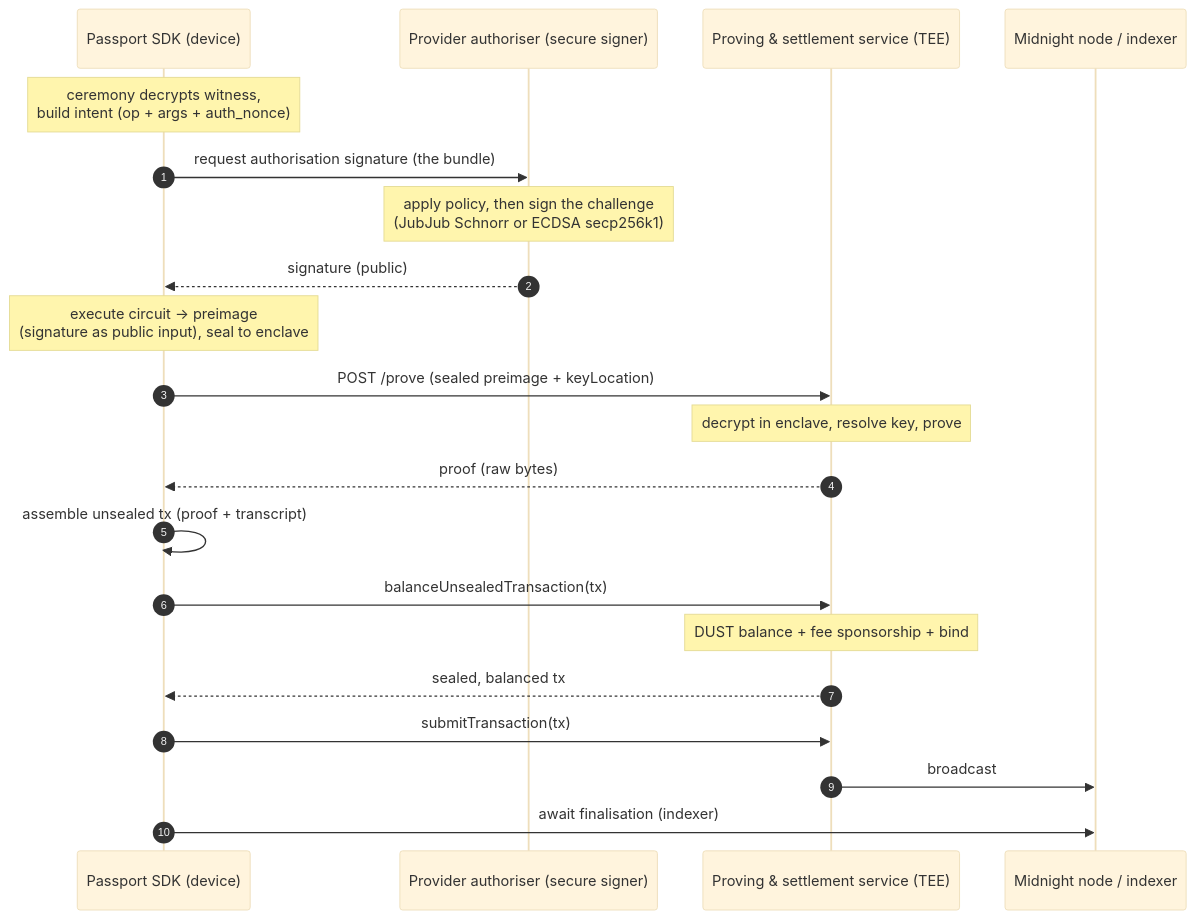
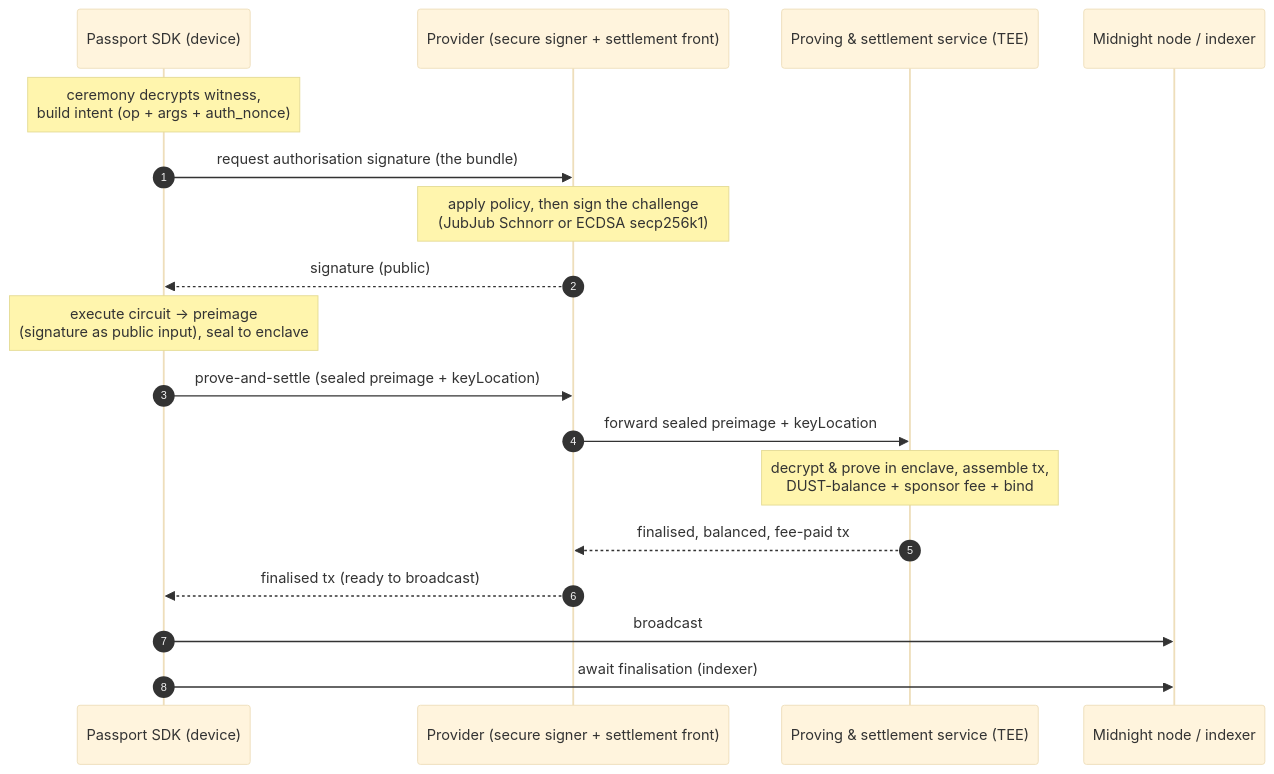
One commit to midnightntwrk/midnight-passport-sdk changed the second of 3 diagrams in docs/provider-integration.md. Above: the diagram before and after it, drawn with Mermaid (base theme). The commit also changed other lines of this file, not shown here.

Commit message:
Update in end to end flow

````diff
--- a/docs/provider-integration.md
+++ b/docs/provider-integration.md
@@ -112,24 +120,21 @@
 ```mermaid
 sequenceDiagram
   autonumber
   participant SDK as Passport SDK (device)
-  participant PRV as Provider authoriser (secure signer)
+  participant PRV as Provider (secure signer + settlement front)
   participant SVC as Proving & settlement service (TEE)
   participant NET as Midnight node / indexer
 
   Note over SDK: ceremony decrypts witness,<br/>build intent (op + args + auth_nonce)
   SDK->>PRV: request authorisation signature (the bundle)
   Note over PRV: apply policy, then sign the challenge<br/>(JubJub Schnorr or ECDSA secp256k1)
   PRV-->>SDK: signature (public)
   Note over SDK: execute circuit → preimage<br/>(signature as public input), seal to enclave
-  SDK->>SVC: POST /prove (sealed preimage + keyLocation)
-  Note over SVC: decrypt in enclave, resolve key, prove
-  SVC-->>SDK: proof (raw bytes)
-  SDK->>SDK: assemble unsealed tx (proof + transcript)
-  SDK->>SVC: balanceUnsealedTransaction(tx)
-  Note over SVC: DUST balance + fee sponsorship + bind
-  SVC-->>SDK: sealed, balanced tx
-  SDK->>SVC: submitTransaction(tx)
-  SVC->>NET: broadcast
+  SDK->>PRV: prove-and-settle (sealed preimage + keyLocation)
+  PRV->>SVC: forward sealed preimage + keyLocation
+  Note over SVC: decrypt & prove in enclave, assemble tx,<br/>DUST-balance + sponsor fee + bind
+  SVC-->>PRV: finalised, balanced, fee-paid tx
+  PRV-->>SDK: finalised tx (ready to broadcast)
+  SDK->>NET: broadcast
   SDK->>NET: await finalisation (indexer)
 ```
````
